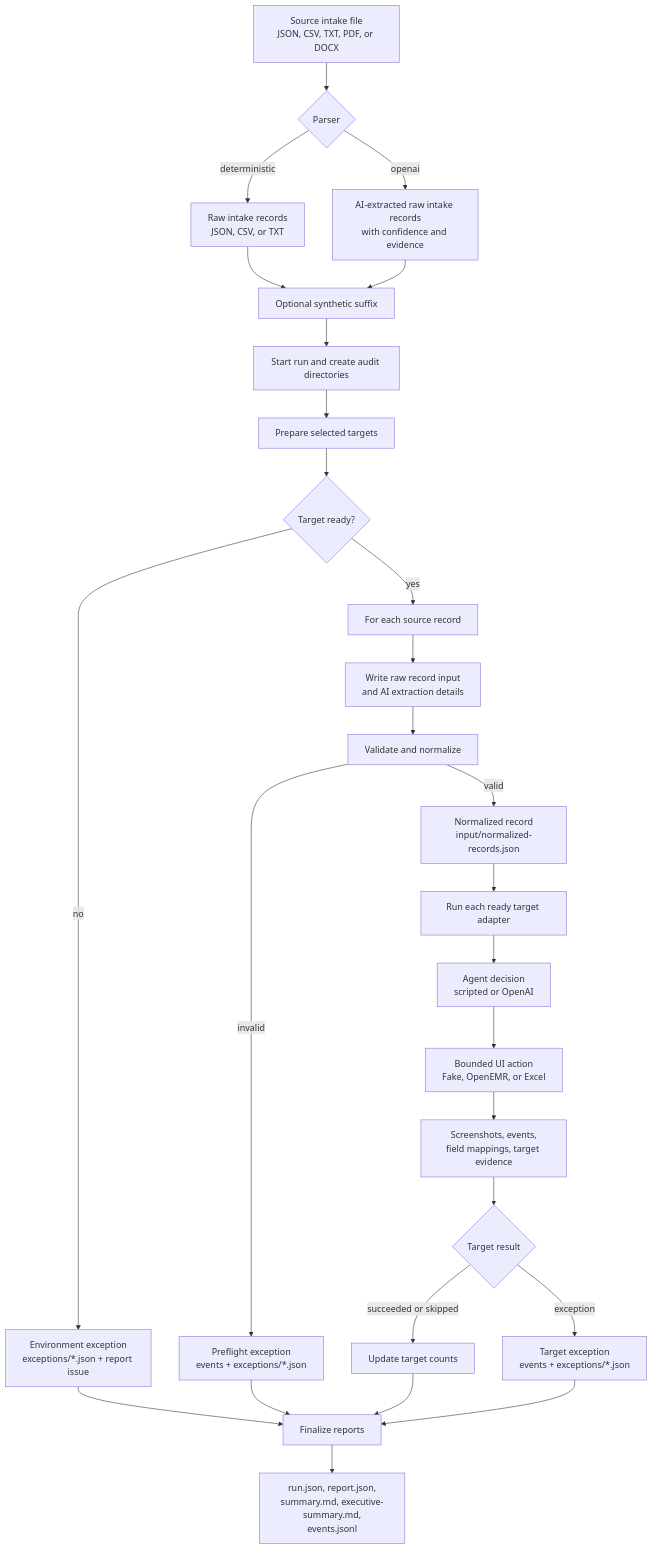
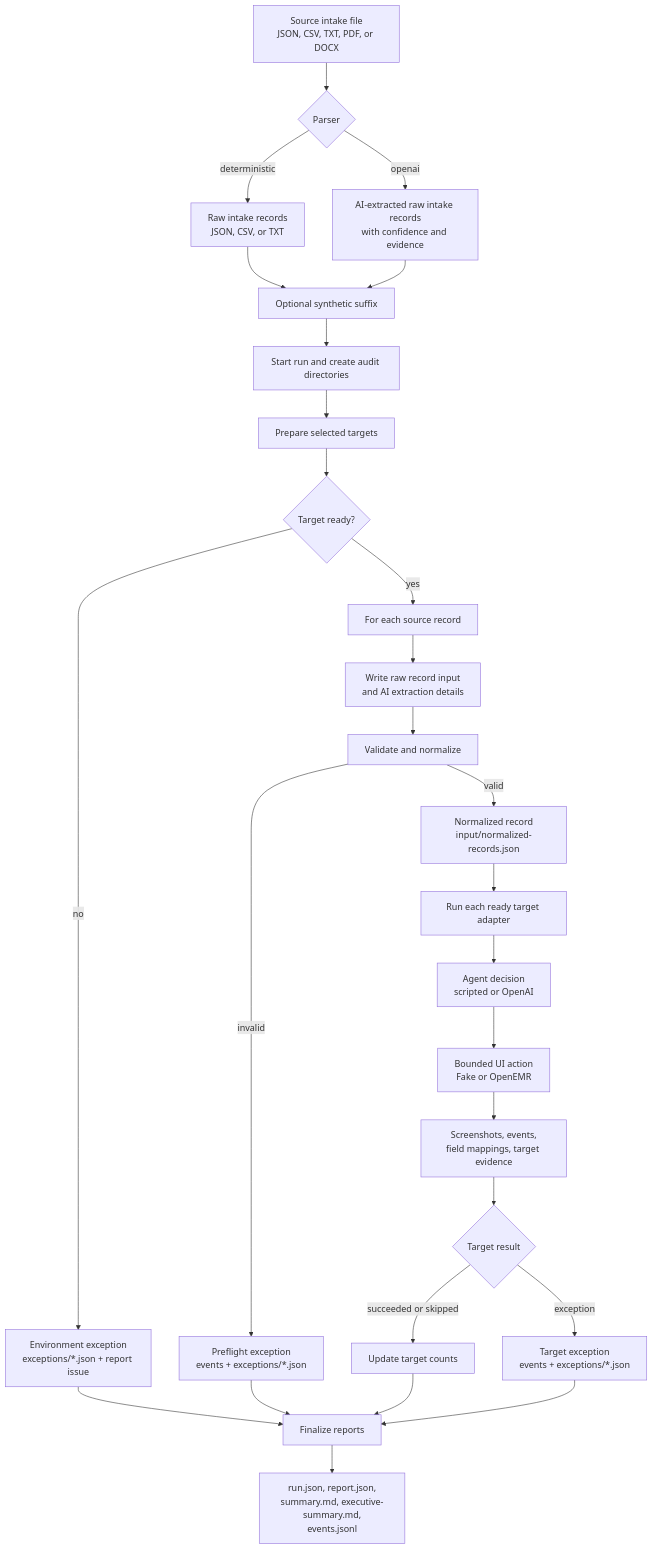
One commit to wm-pxel/agentic-ui-automation changed the second of 2 diagrams in README.md. Above: the diagram before and after it, drawn with Mermaid. The commit also changed other lines of this file and 17 other files, not shown here.

````diff
--- a/README.md
+++ b/README.md
@@ -101,33 +96,33 @@
 ```mermaid
 flowchart TD
   Source["Source intake file<br/>JSON, CSV, TXT, PDF, or DOCX"] --> Parser{"Parser"}
   Parser -->|deterministic| RawRecords["Raw intake records<br/>JSON, CSV, or TXT"]
   Parser -->|openai| AiRecords["AI-extracted raw intake records<br/>with confidence and evidence"]
   RawRecords --> Suffix["Optional synthetic suffix"]
   AiRecords --> Suffix
   Suffix --> Start["Start run and create audit directories"]
 
   Start --> Prepare["Prepare selected targets"]
   Prepare --> Ready{"Target ready?"}
   Ready -->|no| EnvException["Environment exception<br/>exceptions/*.json + report issue"]
   Ready -->|yes| RecordLoop["For each source record"]
 
   RecordLoop --> CaptureInput["Write raw record input<br/>and AI extraction details"]
   CaptureInput --> Validate["Validate and normalize"]
   Validate -->|invalid| PreflightException["Preflight exception<br/>events + exceptions/*.json"]
   Validate -->|valid| Normalized["Normalized record<br/>input/normalized-records.json"]
 
   Normalized --> TargetLoop["Run each ready target adapter"]
   TargetLoop --> AgentDecision["Agent decision<br/>scripted or OpenAI"]
-  AgentDecision --> UiAction["Bounded UI action<br/>Fake, OpenEMR, or Excel"]
+  AgentDecision --> UiAction["Bounded UI action<br/>Fake or OpenEMR"]
   UiAction --> Evidence["Screenshots, events,<br/>field mappings, target evidence"]
   Evidence --> TargetResult{"Target result"}
   TargetResult -->|succeeded or skipped| Counts["Update target counts"]
   TargetResult -->|exception| TargetException["Target exception<br/>events + exceptions/*.json"]
 
   EnvException --> Reports["Finalize reports"]
   PreflightException --> Reports
   Counts --> Reports
   TargetException --> Reports
   Reports --> AuditPackage["run.json, report.json,<br/>summary.md, executive-summary.md,<br/>events.jsonl"]
 ```
````
